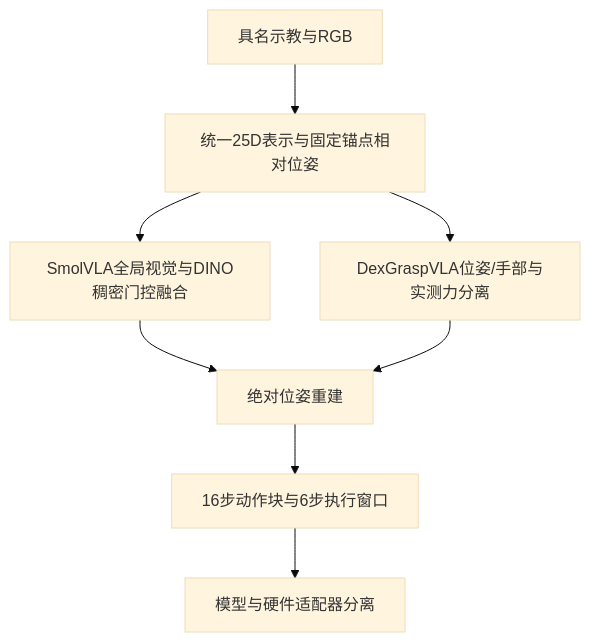
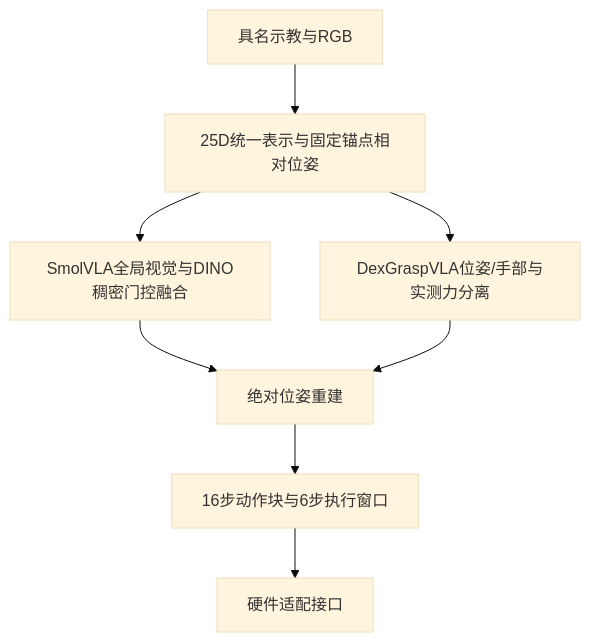
The diagram in README.md (yued2013-hash/dexterous-vla-adaptation), drawn with Mermaid (base theme) before and after one commit. The commit also changed other lines of this file and 5 other files, not shown here.

````diff
--- a/README.md
+++ b/README.md
@@ -42,10 +48,10 @@
 ```mermaid
 flowchart TD
- A[具名示教与RGB] --> B[统一25D表示与固定锚点相对位姿]
+ A[具名示教与RGB] --> B[25D统一表示与固定锚点相对位姿]
  B --> C[SmolVLA全局视觉与DINO稠密门控融合]
  B --> D[DexGraspVLA位姿/手部与实测力分离]
  C --> E[绝对位姿重建]
  D --> E
  E --> F[16步动作块与6步执行窗口]
- F --> G[模型与硬件适配器分离]
+ F --> G[硬件适配接口]
 ```
````
